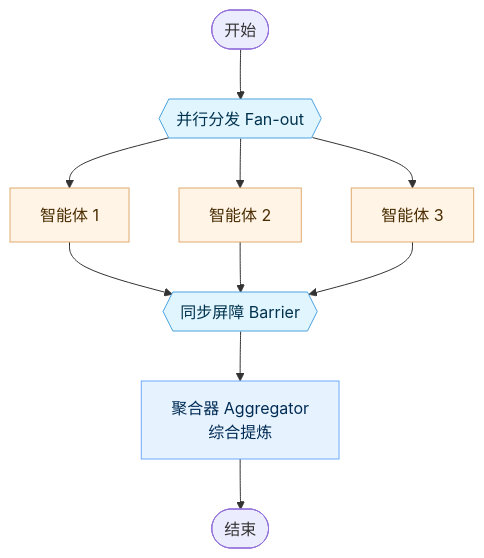
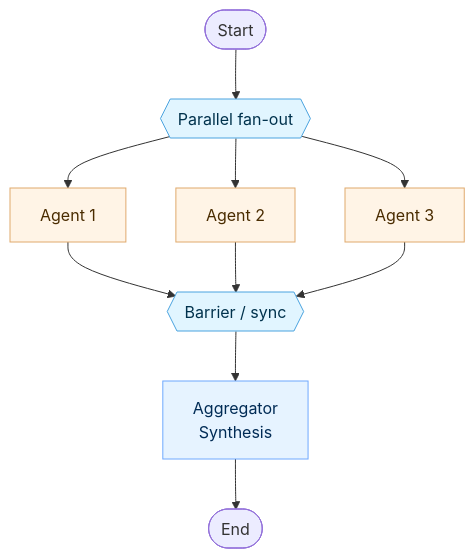
The first of 4 diagrams in docs-site/i18n/zh-Hans/docusaurus-plugin-content-docs/current/experimental/agent-org.mdx (AntigmaLabs/ante), drawn with Mermaid before and after one commit. The commit also changed other lines of this file and 39 other files, not shown here.

Commit message:
docs: complete 1:1 Chinese translation with explicit anchors and exact protocol schemas

````diff
--- a/docs-site/i18n/zh-Hans/docusaurus-plugin-content-docs/current/experimental/agent-org.mdx
+++ b/docs-site/i18n/zh-Hans/docusaurus-plugin-content-docs/current/experimental/agent-org.mdx
@@ -17,22 +15,22 @@
 ```mermaid
 flowchart TB
   classDef control fill:#e1f5ff,stroke:#4aa3df,color:#00324d;
   classDef agent fill:#fff4e6,stroke:#e0a96d,color:#4a2c00;
   classDef agg fill:#e6f3ff,stroke:#6ea8fe,color:#002b55;
 
-  Start([开始]) --> Fanout{{并行分发 Fan-out}}
-  Fanout --> A1[智能体 1]
-  Fanout --> A2[智能体 2]
-  Fanout --> A3[智能体 3]
+  Start([Start]) --> Fanout{{Parallel fan-out}}
+  Fanout --> A1[Agent 1]
+  Fanout --> A2[Agent 2]
+  Fanout --> A3[Agent 3]
 
-  A1 --> Barrier{{同步屏障 Barrier}}
+  A1 --> Barrier{{Barrier / sync}}
   A2 --> Barrier
   A3 --> Barrier
 
-  Barrier --> Agg[聚合器 Aggregator<br/>综合提炼]
-  Agg --> End([结束])
+  Barrier --> Agg[Aggregator<br/>Synthesis]
+  Agg --> End([End])
 
   class Fanout,Barrier control;
   class A1,A2,A3 agent;
   class Agg agg;
 ```
````
